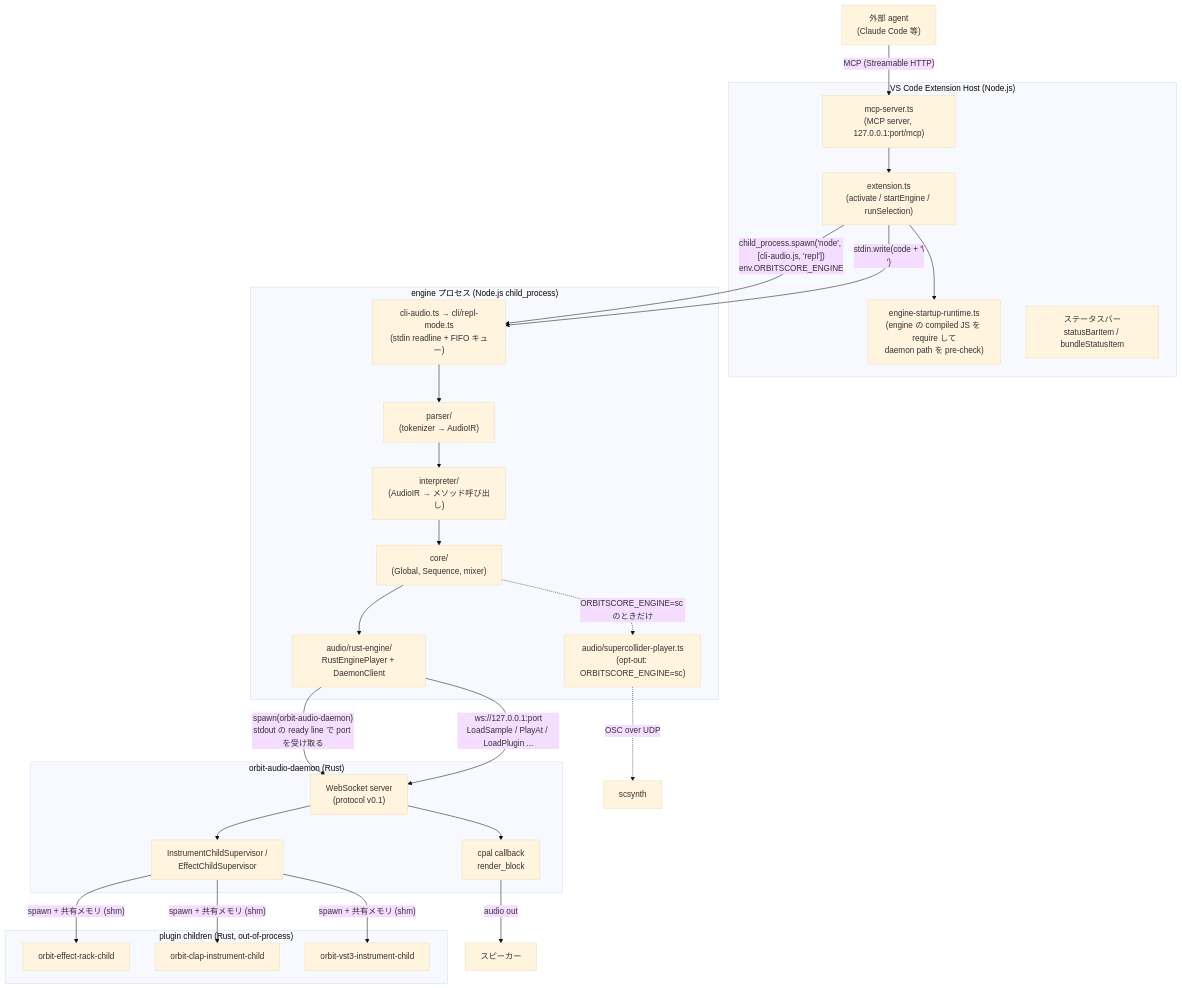
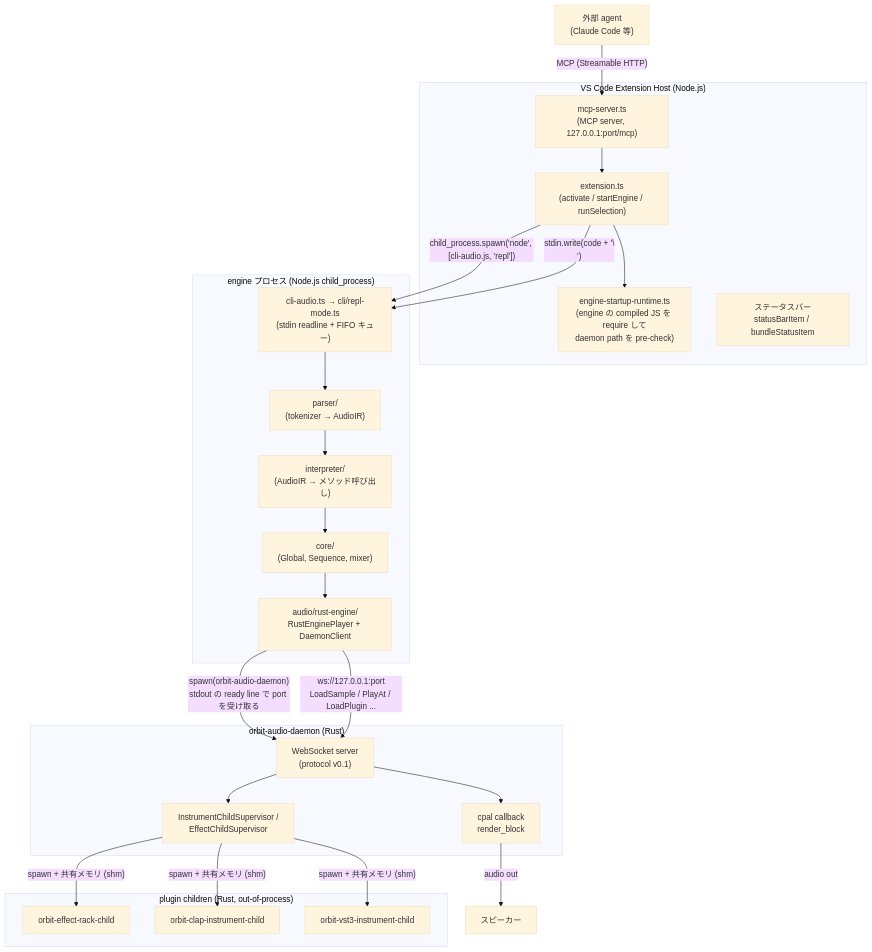
One commit to signalcompose/orbitscore changed the first of 2 diagrams in sites/dev/orientation/architecture-overview.md. Above: the diagram before and after it, drawn with Mermaid (base theme). The commit also changed other lines of this file and 23 other files, not shown here.

````diff
--- a/sites/dev/orientation/architecture-overview.md
+++ b/sites/dev/orientation/architecture-overview.md
@@ -29,47 +29,44 @@
 ```mermaid
 graph TD
   subgraph "VS Code Extension Host (Node.js)"
     EXT["extension.ts\n(activate / startEngine / runSelection)"]
     MCP["mcp-server.ts\n(MCP server, 127.0.0.1:port/mcp)"]
     RESOLVER["engine-startup-runtime.ts\n(engine の compiled JS を require して\ndaemon path を pre-check)"]
     STATUS["ステータスバー\nstatusBarItem / bundleStatusItem"]
   end
 
   subgraph "engine プロセス (Node.js child_process)"
     CLI["cli-audio.ts → cli/repl-mode.ts\n(stdin readline + FIFO キュー)"]
     PARSER["parser/\n(tokenizer → AudioIR)"]
     INTERP["interpreter/\n(AudioIR → メソッド呼び出し)"]
     CORE["core/\n(Global, Sequence, mixer)"]
     PLAYER["audio/rust-engine/\nRustEnginePlayer + DaemonClient"]
-    SC["audio/supercollider-player.ts\n(opt-out: ORBITSCORE_ENGINE=sc)"]
   end
 
   subgraph "orbit-audio-daemon (Rust)"
     WS["WebSocket server\n(protocol v0.1)"]
     RENDER["cpal callback\nrender_block"]
     SUP["InstrumentChildSupervisor /\nEffectChildSupervisor"]
   end
 
   subgraph "plugin children (Rust, out-of-process)"
     CHILD1["orbit-effect-rack-child"]
     CHILD2["orbit-clap-instrument-child"]
     CHILD3["orbit-vst3-instrument-child"]
   end
 
   AGENT["外部 agent\n(Claude Code 等)"] -->|"MCP (Streamable HTTP)"| MCP
   MCP --> EXT
-  EXT -->|"child_process.spawn('node', [cli-audio.js, 'repl'])\nenv.ORBITSCORE_ENGINE"| CLI
+  EXT -->|"child_process.spawn('node', [cli-audio.js, 'repl'])"| CLI
   EXT -->|"stdin.write(code + '\\n')"| CLI
   EXT --> RESOLVER
   CLI --> PARSER --> INTERP --> CORE --> PLAYER
-  CORE -.->|"ORBITSCORE_ENGINE=sc のときだけ"| SC
   PLAYER -->|"spawn(orbit-audio-daemon)\nstdout の ready line で port を受け取る"| WS
   PLAYER -->|"ws://127.0.0.1:port\nLoadSample / PlayAt / LoadPlugin ..."| WS
   WS --> RENDER
   WS --> SUP
   SUP -->|"spawn + 共有メモリ (shm)"| CHILD1
   SUP -->|"spawn + 共有メモリ (shm)"| CHILD2
   SUP -->|"spawn + 共有メモリ (shm)"| CHILD3
   RENDER -->|"audio out"| DAC["スピーカー"]
-  SC -.->|"OSC over UDP"| SCSYNTH["scsynth"]
 ```
````
